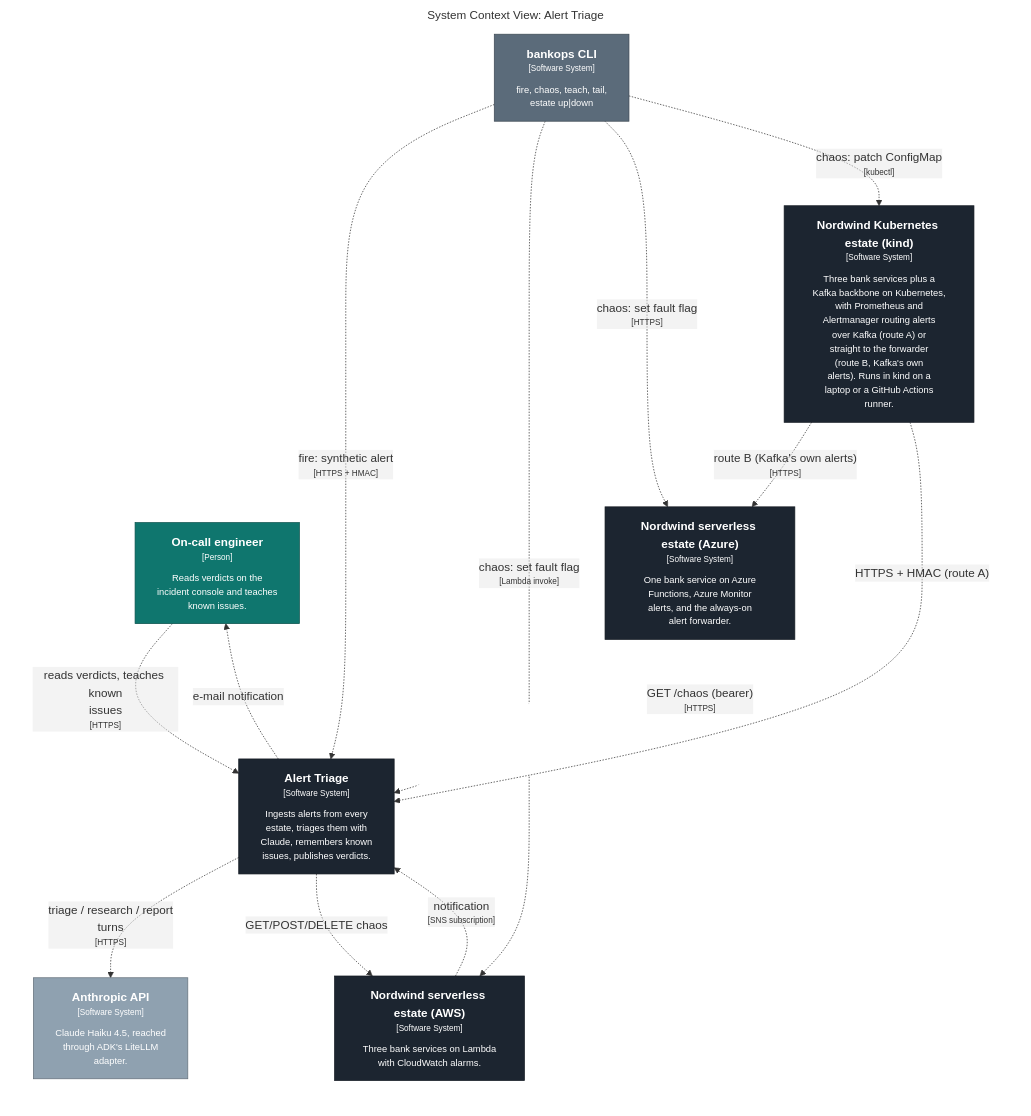
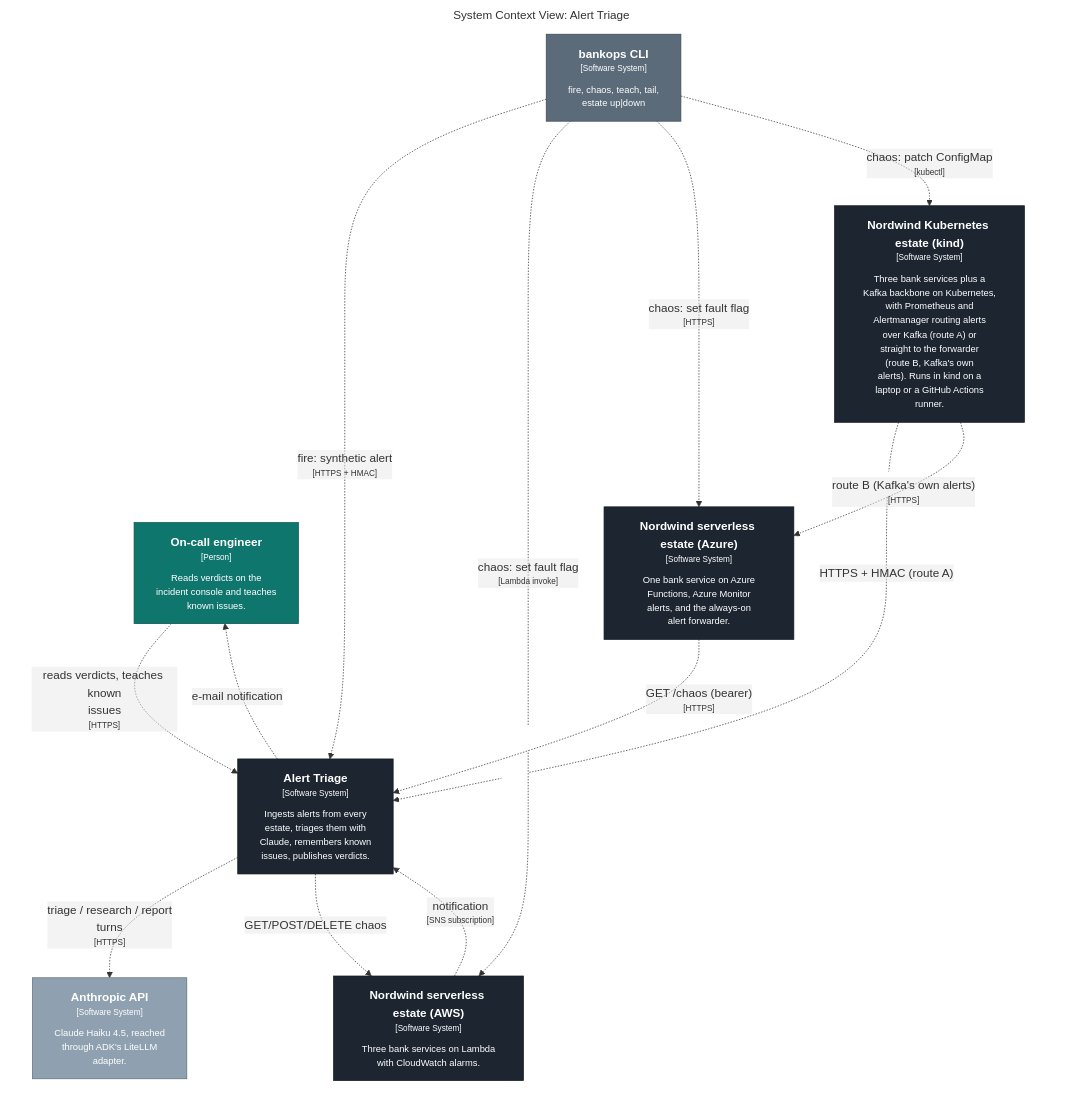
Before and after one commit to KucherenkoSerhiy/oncall-triage: the first of 8 diagrams in docs/c4/generated/README.md, drawn with Mermaid. The commit also changed other lines of this file and 22 other files, not shown here.

````diff
--- a/docs/c4/generated/README.md
+++ b/docs/c4/generated/README.md
@@ -7,37 +7,37 @@
 ```mermaid
 graph LR
   linkStyle default fill:#ffffff
 
   subgraph diagram ["System Context View: Alert Triage"]
     style diagram fill:#ffffff,stroke:#ffffff
 
     1["<div style='font-weight: bold'>On-call engineer</div><div style='font-size: 70%; margin-top: 0px'>[Person]</div><div style='font-size: 80%; margin-top:10px'>Reads verdicts on the<br />incident console and teaches<br />known issues.</div>"]
     style 1 fill:#0f766e,stroke:#0a524d,color:#ffffff
-    23["<div style='font-weight: bold'>Nordwind serverless estate (AWS)</div><div style='font-size: 70%; margin-top: 0px'>[Software System]</div><div style='font-size: 80%; margin-top:10px'>Three bank services on Lambda<br />with CloudWatch alarms.</div>"]
-    style 23 fill:#1c2530,stroke:#131921,color:#ffffff
+    25["<div style='font-weight: bold'>Nordwind serverless estate (AWS)</div><div style='font-size: 70%; margin-top: 0px'>[Software System]</div><div style='font-size: 80%; margin-top:10px'>Three bank services on Lambda<br />with CloudWatch alarms.</div>"]
+    style 25 fill:#1c2530,stroke:#131921,color:#ffffff
     3["<div style='font-weight: bold'>Anthropic API</div><div style='font-size: 70%; margin-top: 0px'>[Software System]</div><div style='font-size: 80%; margin-top:10px'>Claude Haiku 4.5, reached<br />through ADK's LiteLLM<br />adapter.</div>"]
     style 3 fill:#8fa1b0,stroke:#64707b,color:#ffffff
-    30["<div style='font-weight: bold'>Nordwind serverless estate (Azure)</div><div style='font-size: 70%; margin-top: 0px'>[Software System]</div><div style='font-size: 80%; margin-top:10px'>One bank service on Azure<br />Functions, Azure Monitor<br />alerts, and the always-on<br />alert forwarder.</div>"]
-    style 30 fill:#1c2530,stroke:#131921,color:#ffffff
-    35["<div style='font-weight: bold'>Nordwind Kubernetes estate (kind)</div><div style='font-size: 70%; margin-top: 0px'>[Software System]</div><div style='font-size: 80%; margin-top:10px'>Three bank services plus a<br />Kafka backbone on Kubernetes,<br />with Prometheus and<br />Alertmanager routing alerts<br />over Kafka (route A) or<br />straight to the forwarder<br />(route B, Kafka's own<br />alerts). Runs in kind on a<br />laptop or a GitHub Actions<br />runner.</div>"]
-    style 35 fill:#1c2530,stroke:#131921,color:#ffffff
+    32["<div style='font-weight: bold'>Nordwind serverless estate (Azure)</div><div style='font-size: 70%; margin-top: 0px'>[Software System]</div><div style='font-size: 80%; margin-top:10px'>One bank service on Azure<br />Functions, Azure Monitor<br />alerts, and the always-on<br />alert forwarder.</div>"]
+    style 32 fill:#1c2530,stroke:#131921,color:#ffffff
+    37["<div style='font-weight: bold'>Nordwind Kubernetes estate (kind)</div><div style='font-size: 70%; margin-top: 0px'>[Software System]</div><div style='font-size: 80%; margin-top:10px'>Three bank services plus a<br />Kafka backbone on Kubernetes,<br />with Prometheus and<br />Alertmanager routing alerts<br />over Kafka (route A) or<br />straight to the forwarder<br />(route B, Kafka's own<br />alerts). Runs in kind on a<br />laptop or a GitHub Actions<br />runner.</div>"]
+    style 37 fill:#1c2530,stroke:#131921,color:#ffffff
     4["<div style='font-weight: bold'>bankops CLI</div><div style='font-size: 70%; margin-top: 0px'>[Software System]</div><div style='font-size: 80%; margin-top:10px'>fire, chaos, teach, tail,<br />estate up|down</div>"]
     style 4 fill:#5b6b7a,stroke:#3f4a55,color:#ffffff
     5["<div style='font-weight: bold'>Alert Triage</div><div style='font-size: 70%; margin-top: 0px'>[Software System]</div><div style='font-size: 80%; margin-top:10px'>Ingests alerts from every<br />estate, triages them with<br />Claude, remembers known<br />issues, publishes verdicts.</div>"]
     style 5 fill:#1c2530,stroke:#131921,color:#ffffff
 
-    35-. "<div>route B (Kafka's own alerts)</div><div style='font-size: 70%'>[HTTPS]</div>" .->30
+    37-. "<div>HTTPS + HMAC (route A)</div><div style='font-size: 70%'></div>" .->5
+    37-. "<div>route B (Kafka's own alerts)</div><div style='font-size: 70%'>[HTTPS]</div>" .->32
     5-. "<div>triage / research / report<br />turns</div><div style='font-size: 70%'>[HTTPS]</div>" .->3
     5-. "<div>e-mail notification</div><div style='font-size: 70%'></div>" .->1
     1-. "<div>reads verdicts, teaches known<br />issues</div><div style='font-size: 70%'>[HTTPS]</div>" .->5
     4-. "<div>fire: synthetic alert</div><div style='font-size: 70%'>[HTTPS + HMAC]</div>" .->5
-    4-. "<div>chaos: set fault flag</div><div style='font-size: 70%'>[Lambda invoke]</div>" .->23
-    4-. "<div>chaos: set fault flag</div><div style='font-size: 70%'>[HTTPS]</div>" .->30
-    4-. "<div>chaos: patch ConfigMap</div><div style='font-size: 70%'>[kubectl]</div>" .->35
-    23-. "<div>notification</div><div style='font-size: 70%'>[SNS subscription]</div>" .->5
-    5-. "<div>GET/POST/DELETE chaos</div><div style='font-size: 70%'></div>" .->23
-    30-. "<div>GET /chaos (bearer)</div><div style='font-size: 70%'>[HTTPS]</div>" .->5
-    35-. "<div>HTTPS + HMAC (route A)</div><div style='font-size: 70%'></div>" .->5
+    4-. "<div>chaos: set fault flag</div><div style='font-size: 70%'>[Lambda invoke]</div>" .->25
+    4-. "<div>chaos: set fault flag</div><div style='font-size: 70%'>[HTTPS]</div>" .->32
+    4-. "<div>chaos: patch ConfigMap</div><div style='font-size: 70%'>[kubectl]</div>" .->37
+    25-. "<div>notification</div><div style='font-size: 70%'>[SNS subscription]</div>" .->5
+    5-. "<div>GET/POST/DELETE chaos</div><div style='font-size: 70%'></div>" .->25
+    32-. "<div>GET /chaos (bearer)</div><div style='font-size: 70%'>[HTTPS]</div>" .->5
 
   end
 ```
````
